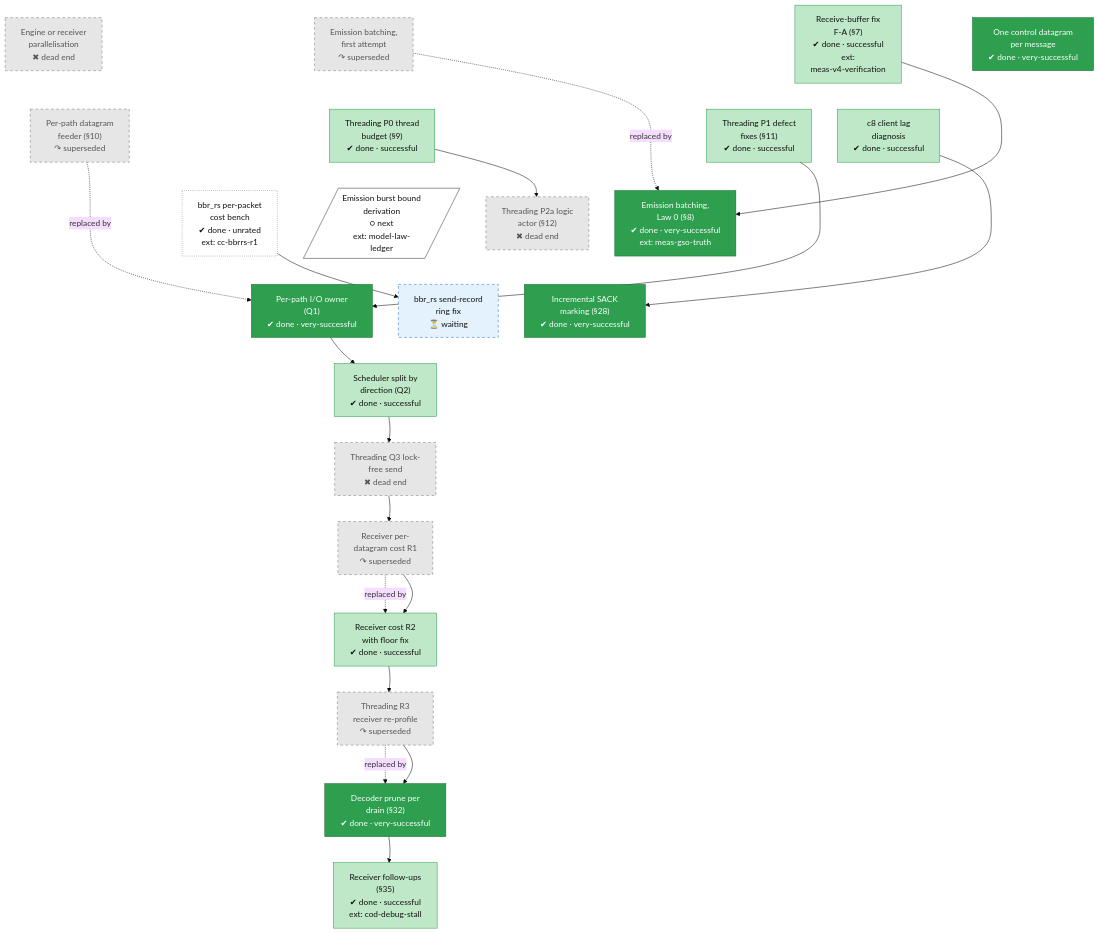
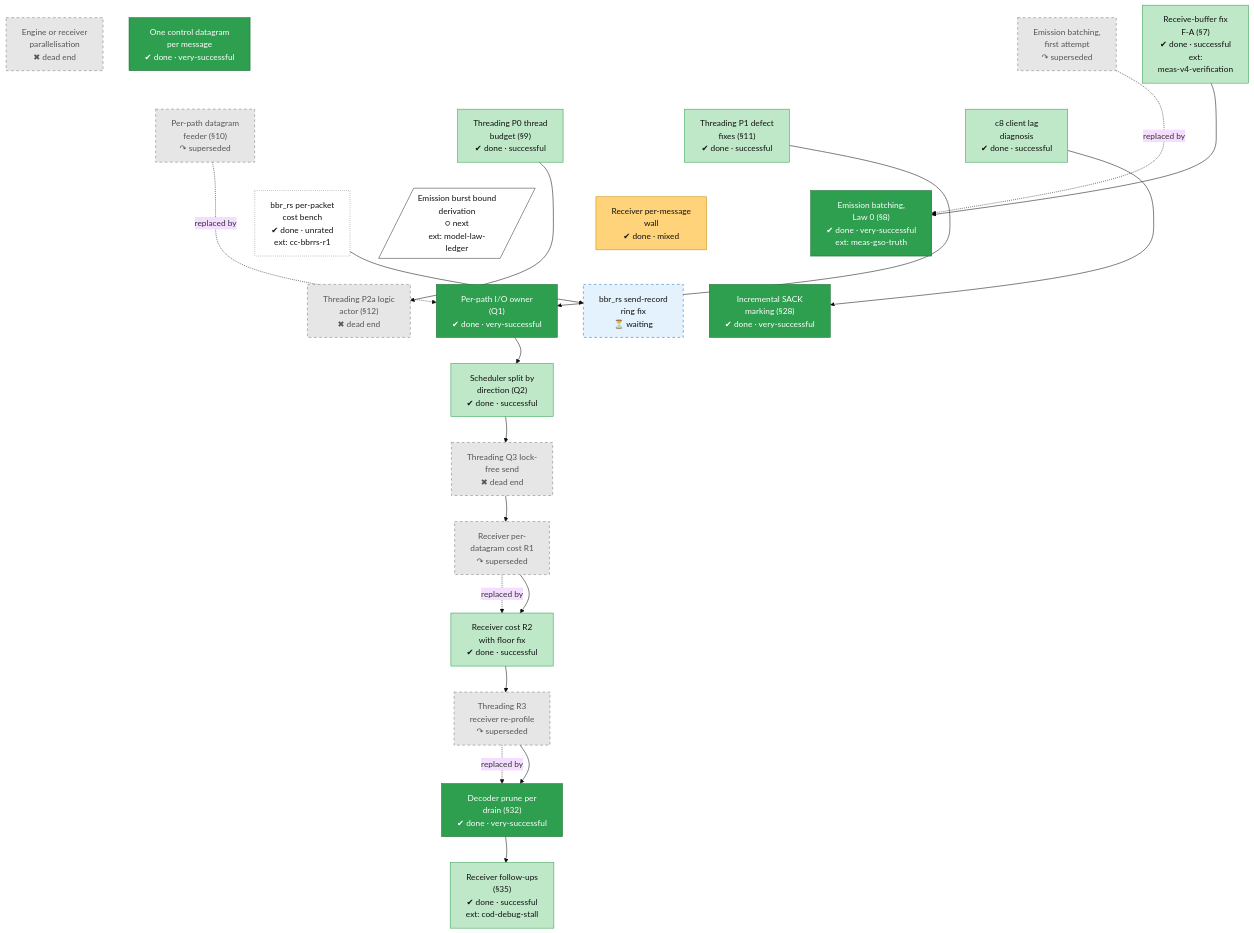
One commit to lhns/raptorpath changed the diagram in docs/roadmap/tracks/perf.md. Above: the diagram before and after it, drawn with Mermaid (base theme). The commit also changed other lines of this file and 13 other files, not shown here.

Commit message:
roadmap: group missing history into nodes (ADR evidence, 22 new nodes, state fixes); rerun audit

````diff
--- a/docs/roadmap/tracks/perf.md
+++ b/docs/roadmap/tracks/perf.md
@@ -31,6 +31,7 @@
     perf_bbrrs_ns_cost["bbr_rs per-packet<br/>cost bench<br/>✔ done · unrated<br/>ext: cc-bbrrs-r1"]
     perf_bbrrs_ring_fix["bbr_rs send-record<br/>ring fix<br/>⏳ waiting"]
     perf_fix_burst_bound[/"Emission burst bound<br/>derivation<br/>○ next<br/>ext: model-law-<br/>ledger"/]
+    perf_receiver_msg_wall["Receiver per-message<br/>wall<br/>✔ done · mixed"]
     perf_parallelisation ~~~ perf_quic_feeder
     perf_parallelisation ~~~ perf_threading_p0
     perf_parallelisation ~~~ perf_threading_p1
@@ -49,32 +50,37 @@
     perf_rcvbuf ~~~ perf_c8_lag
     perf_quic_feeder ~~~ perf_bbrrs_ns_cost
     perf_quic_feeder ~~~ perf_fix_burst_bound
+    perf_quic_feeder ~~~ perf_receiver_msg_wall
     perf_quic_feeder ~~~ perf_emit_batch_law0
-    perf_quic_feeder ~~~ perf_threading_p2a
     perf_threading_p0 ~~~ perf_bbrrs_ns_cost
     perf_threading_p0 ~~~ perf_fix_burst_bound
+    perf_threading_p0 ~~~ perf_receiver_msg_wall
     perf_threading_p0 ~~~ perf_emit_batch_law0
-    perf_threading_p0 ~~~ perf_threading_p2a
     perf_threading_p1 ~~~ perf_bbrrs_ns_cost
     perf_threading_p1 ~~~ perf_fix_burst_bound
+    perf_threading_p1 ~~~ perf_receiver_msg_wall
     perf_threading_p1 ~~~ perf_emit_batch_law0
-    perf_threading_p1 ~~~ perf_threading_p2a
     perf_c8_lag ~~~ perf_bbrrs_ns_cost
     perf_c8_lag ~~~ perf_fix_burst_bound
+    perf_c8_lag ~~~ perf_receiver_msg_wall
     perf_c8_lag ~~~ perf_emit_batch_law0
-    perf_c8_lag ~~~ perf_threading_p2a
+    perf_bbrrs_ns_cost ~~~ perf_threading_p2a
     perf_bbrrs_ns_cost ~~~ perf_io_owner
     perf_bbrrs_ns_cost ~~~ perf_incremental_sack
     perf_bbrrs_ns_cost ~~~ perf_bbrrs_ring_fix
+    perf_fix_burst_bound ~~~ perf_threading_p2a
     perf_fix_burst_bound ~~~ perf_io_owner
     perf_fix_burst_bound ~~~ perf_incremental_sack
     perf_fix_burst_bound ~~~ perf_bbrrs_ring_fix
+    perf_receiver_msg_wall ~~~ perf_threading_p2a
+    perf_receiver_msg_wall ~~~ perf_io_owner
+    perf_receiver_msg_wall ~~~ perf_incremental_sack
+    perf_receiver_msg_wall ~~~ perf_bbrrs_ring_fix
+    perf_emit_batch_law0 ~~~ perf_threading_p2a
     perf_emit_batch_law0 ~~~ perf_io_owner
     perf_emit_batch_law0 ~~~ perf_incremental_sack
     perf_emit_batch_law0 ~~~ perf_bbrrs_ring_fix
-    perf_threading_p2a ~~~ perf_io_owner
-    perf_threading_p2a ~~~ perf_incremental_sack
-    perf_threading_p2a ~~~ perf_bbrrs_ring_fix
+    perf_threading_p2a ~~~ perf_sched_split
     perf_io_owner ~~~ perf_sched_split
     perf_incremental_sack ~~~ perf_sched_split
     perf_bbrrs_ring_fix ~~~ perf_sched_split
@@ -119,4 +125,5 @@
     class perf_bbrrs_ns_cost unrated
     class perf_bbrrs_ring_fix waiting
     class perf_fix_burst_bound next
+    class perf_receiver_msg_wall mixed
 ```
````
